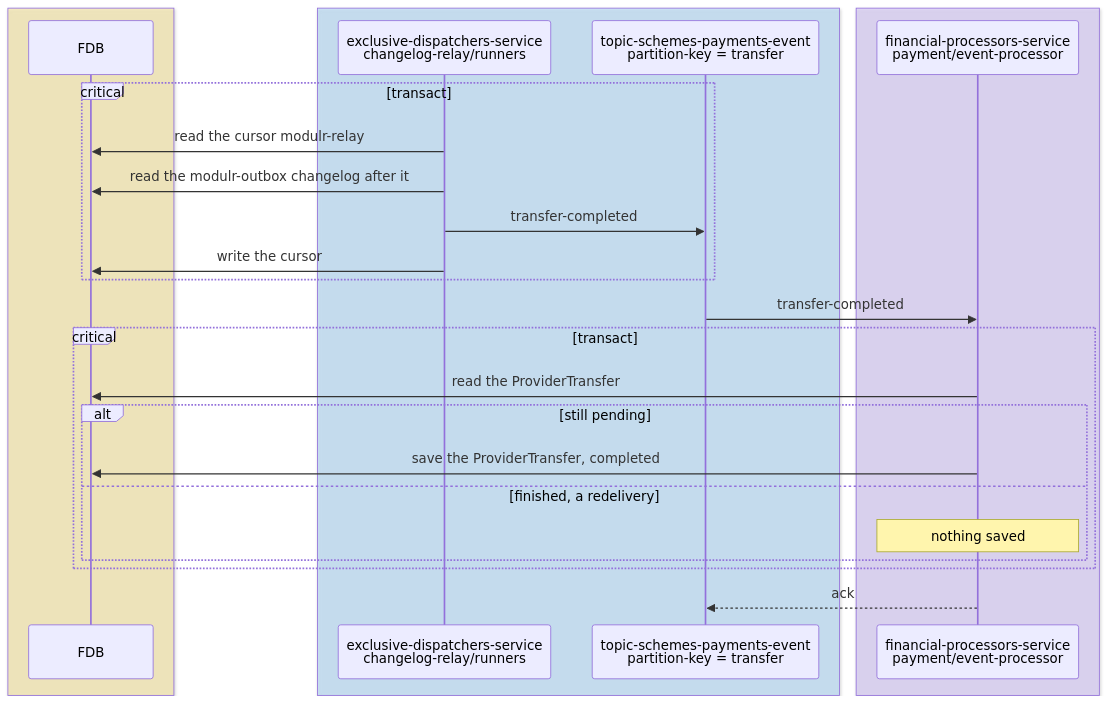
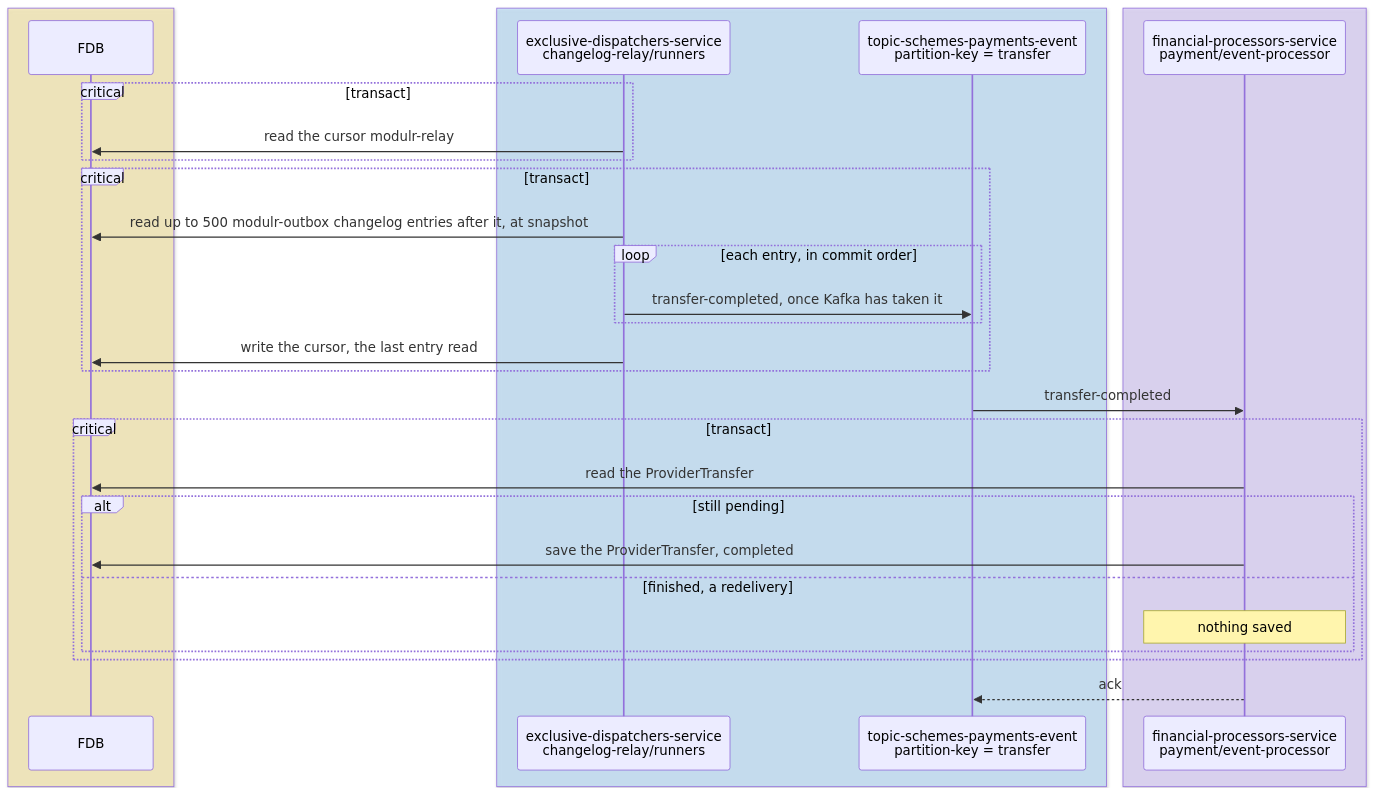
One commit to repldriven/queenswood changed the seventh of 7 diagrams in docs/tdd/payments-internal.md. Above: the diagram before and after it, drawn with Mermaid. The commit also changed other lines of this file, not shown here.

Commit message:
Draw the relay's pass as the batch it publishes

````diff
--- a/docs/tdd/payments-internal.md
+++ b/docs/tdd/payments-internal.md
@@ -374,29 +378,33 @@
 ```mermaid
 sequenceDiagram
     box rgba(255, 236, 153, 0.5)
     participant DB as FDB
     end
     box rgba(165, 216, 255, 0.45)
     participant OR as exclusive-dispatchers-service<br/>changelog-relay/runners
     participant SE as topic-schemes-payments-event<br/>partition-key = transfer
     end
     box rgba(208, 191, 255, 0.45)
     participant PE as financial-processors-service<br/>payment/event-processor
     end
     critical transact
     OR->>DB: read the cursor modulr-relay
-    OR->>DB: read the modulr-outbox changelog after it
-    OR->>SE: transfer-completed
-    OR->>DB: write the cursor
+    end
+    critical transact
+    OR->>DB: read up to 500 modulr-outbox changelog entries after it, at snapshot
+    loop each entry, in commit order
+    OR->>SE: transfer-completed, once Kafka has taken it
+    end
+    OR->>DB: write the cursor, the last entry read
     end
     SE->>PE: transfer-completed
     critical transact
     PE->>DB: read the ProviderTransfer
     alt still pending
     PE->>DB: save the ProviderTransfer, completed
     else finished, a redelivery
     Note over PE: nothing saved
     end
     end
     PE-->>SE: ack
 ```
````
